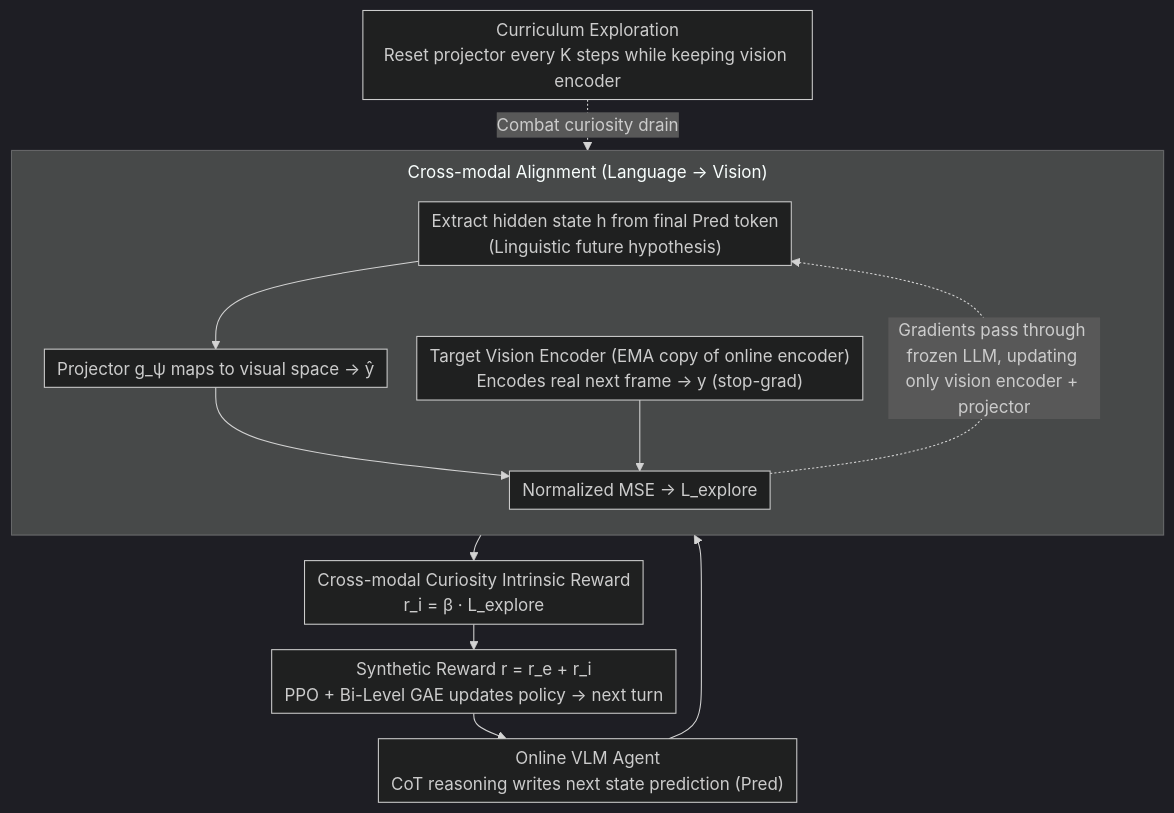
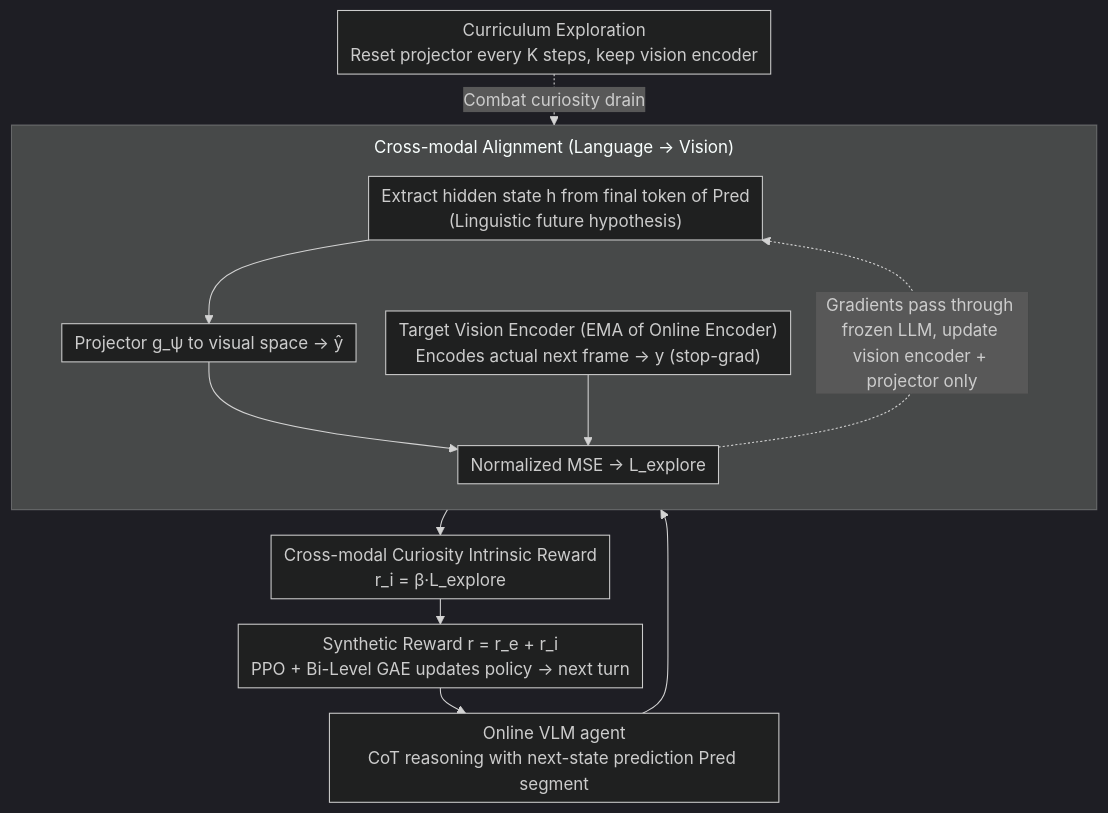
The diagram in docs/ICML2026/vlm_reasoning/what_you_think_is_what_you_see_driving_exploration_in_vlm_agents_via_visual-ling.md (zhaoyang97/Paper-Notes-en), drawn with Mermaid (dark theme) before and after one commit. The commit also changed other lines of this file and 5084 other files, not shown here.

````diff
--- a/docs/ICML2026/vlm_reasoning/what_you_think_is_what_you_see_driving_exploration_in_vlm_agents_via_visual-ling.md
+++ b/docs/ICML2026/vlm_reasoning/what_you_think_is_what_you_see_driving_exploration_in_vlm_agents_via_visual-ling.md
@@ -45,17 +45,17 @@
 ```mermaid
 %%{init: {'flowchart': {'rankSpacing': 24, 'nodeSpacing': 28, 'padding': 6, 'wrappingWidth': 400, 'subGraphTitleMargin': {'top': 8, 'bottom': 16}}}}%%
 flowchart TD
-    A["Online VLM Agent<br/>CoT reasoning writes next state prediction (Pred)"] --> B
+    A["Online VLM agent<br/>CoT reasoning with next-state prediction Pred segment"] --> B
     subgraph ALIGN["Cross-modal Alignment (Language → Vision)"]
         direction TB
-        B["Extract hidden state h from final Pred token<br/>(Linguistic future hypothesis)"] --> C["Projector g_ψ maps to visual space → ŷ"]
-        T["Target Vision Encoder (EMA copy of online encoder)<br/>Encodes real next frame → y (stop-grad)"]
+        B["Extract hidden state h from final token of Pred<br/>(Linguistic future hypothesis)"] --> C["Projector g_ψ to visual space → ŷ"]
+        T["Target Vision Encoder (EMA of Online Encoder)<br/>Encodes actual next frame → y (stop-grad)"]
         C --> D["Normalized MSE → L_explore"]
         T --> D
     end
-    D -. "Gradients pass through frozen LLM, updating only vision encoder + projector" .-> B
-    D --> E["Cross-modal Curiosity Intrinsic Reward<br/>r_i = β · L_explore"]
+    D -. "Gradients pass through frozen LLM, update vision encoder + projector only" .-> B
+    D --> E["Cross-modal Curiosity Intrinsic Reward<br/>r_i = β·L_explore"]
     E --> F["Synthetic Reward r = r_e + r_i<br/>PPO + Bi-Level GAE updates policy → next turn"]
     F --> A
-    G["Curriculum Exploration<br/>Reset projector every K steps while keeping vision encoder"] -. "Combat curiosity drain" .-> C
+    G["Curriculum Exploration<br/>Reset projector every K steps, keep vision encoder"] -. "Combat curiosity drain" .-> C
 ```
````
